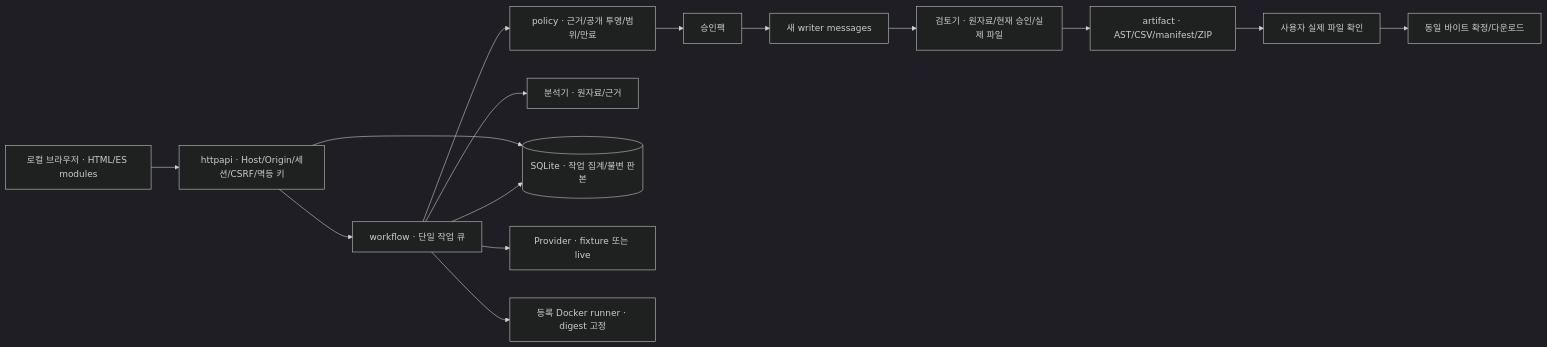
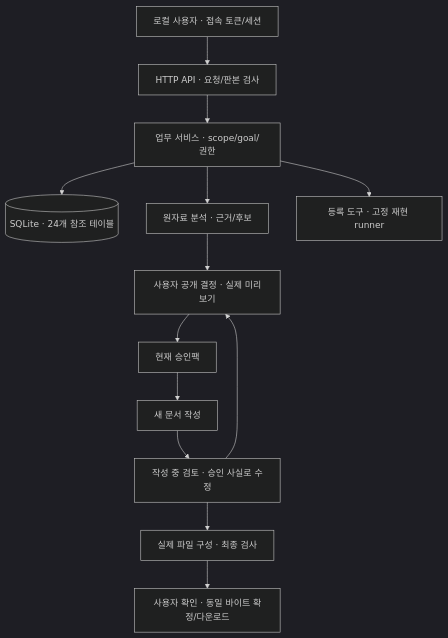
Before and after one commit to my-trash-bin/261030-codyssey-hackathon: the diagram in docs/구조와설계.md, drawn with Mermaid (dark theme). The commit also changed other lines of this file and 9 other files, not shown here.

````diff
--- a/docs/구조와설계.md
+++ b/docs/구조와설계.md
@@ -7,17 +7,15 @@
 ```mermaid
-flowchart LR
-  U["로컬 브라우저 · HTML/ES modules"] --> H["httpapi · Host/Origin/세션/CSRF/멱등 키"]
-  H --> S["workflow · 단일 작업 큐"]
-  S --> P["policy · 근거/공개 투영/범위/만료"]
-  P --> F["승인팩"]
-  F --> W["새 writer messages"]
-  S --> A["분석기 · 원자료/근거"]
-  W --> R["검토기 · 원자료/현재 승인/실제 파일"]
-  R --> B["artifact · AST/CSV/manifest/ZIP"]
-  B --> C["사용자 실제 파일 확인"]
-  C --> E["동일 바이트 확정/다운로드"]
-  H --> D[("SQLite · 작업 집계/불변 판본")]
-  S --> D
-  S --> L["Provider · fixture 또는 live"]
-  S --> T["등록 Docker runner · digest 고정"]
+flowchart TD
+  U["로컬 사용자 · 접속 토큰/세션"] --> H["HTTP API · 요청/판본 검사"]
+  H --> S["업무 서비스 · scope/goal/권한"]
+  S --> D[("SQLite · 24개 참조 테이블")]
+  S --> A["원자료 분석 · 근거/후보"]
+  A --> C["사용자 공개 결정 · 실제 미리보기"]
+  C --> P["현재 승인팩"]
+  P --> W["새 문서 작성"]
+  W --> R["작성 중 검토 · 승인 사실로 수정"]
+  R --> C
+  R --> F["실제 파일 구성 · 최종 검사"]
+  F --> E["사용자 확인 · 동일 바이트 확정/다운로드"]
+  S --> T["등록 도구 · 고정 재현 runner"]
 ```
````
